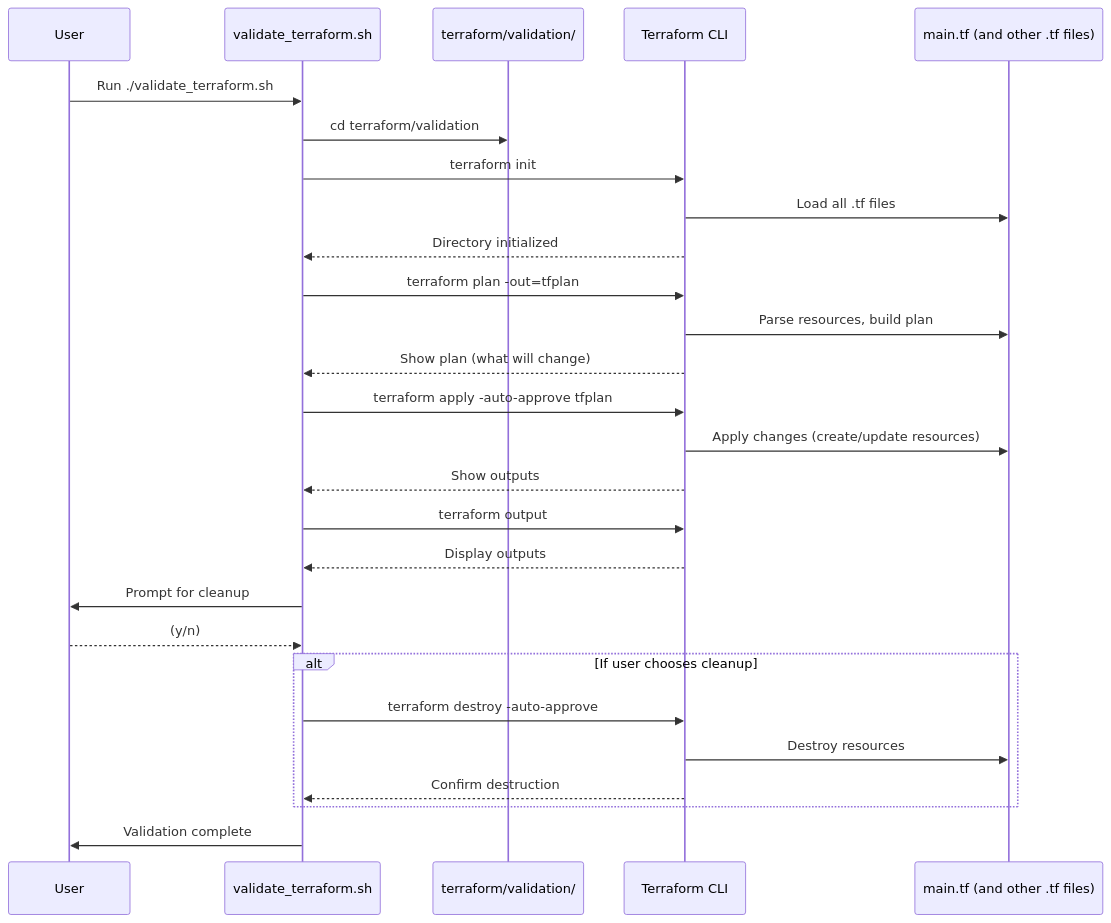
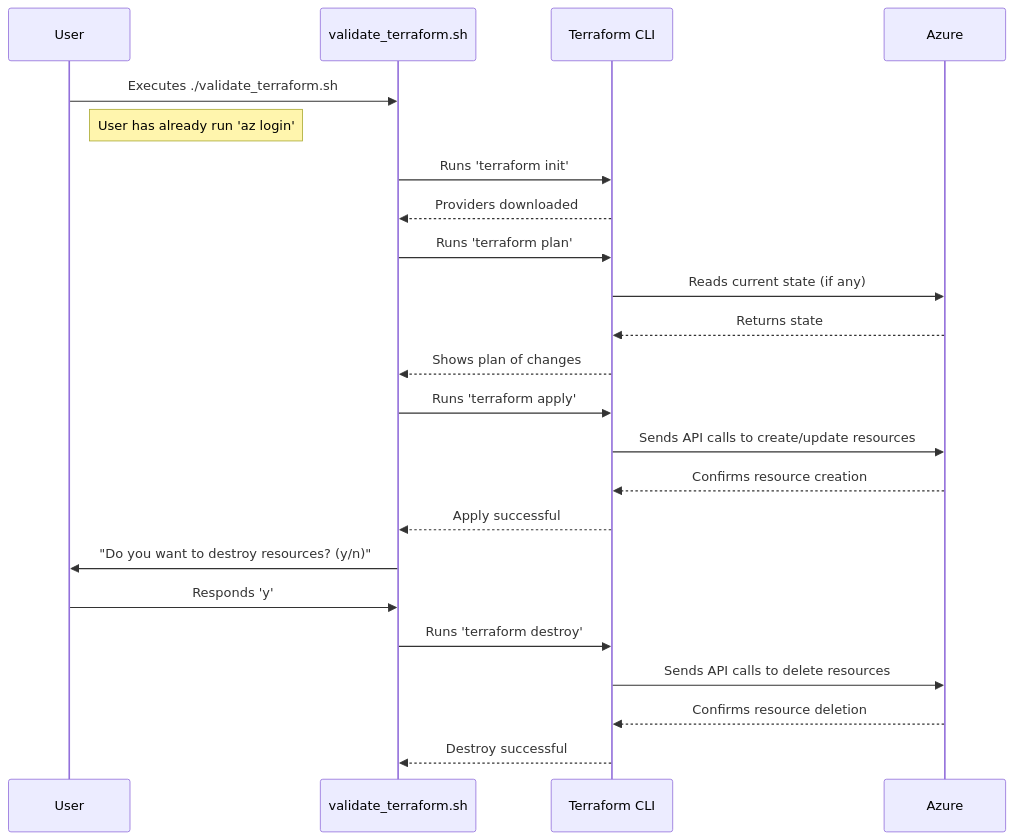
The diagram in terraform/validation/localhost/README.md (bcgov/AzureFilesPoC), drawn with Mermaid before and after one commit. The commit also changed other lines of this file and 3 other files, not shown here.

Commit message:
updated various readme files in terraform/validation/ folder

````diff
--- a/terraform/validation/localhost/README.md
+++ b/terraform/validation/localhost/README.md
@@ -72,30 +56,31 @@
 ```mermaid
 sequenceDiagram
-    participant User as User
-    participant Shell as validate_terraform.sh
-    participant Dir as terraform/validation/
-    participant TF as Terraform CLI
-    participant TFConf as main.tf (and other .tf files)
+    participant User
+    participant Script as validate_terraform.sh
+    participant TerraformCLI as Terraform CLI
+    participant Azure
 
-    User->>Shell: Run ./validate_terraform.sh
-    Shell->>Dir: cd terraform/validation
-    Shell->>TF: terraform init
-    TF->>TFConf: Load all .tf files
-    TF-->>Shell: Directory initialized
-    Shell->>TF: terraform plan -out=tfplan
-    TF->>TFConf: Parse resources, build plan
-    TF-->>Shell: Show plan (what will change)
-    Shell->>TF: terraform apply -auto-approve tfplan
-    TF->>TFConf: Apply changes (create/update resources)
-    TF-->>Shell: Show outputs
-    Shell->>TF: terraform output
-    TF-->>Shell: Display outputs
-    Shell->>User: Prompt for cleanup
-    User-->>Shell: (y/n)
-    alt If user chooses cleanup
-        Shell->>TF: terraform destroy -auto-approve
-        TF->>TFConf: Destroy resources
-        TF-->>Shell: Confirm destruction
-    end
-    Shell->>User: Validation complete
+    User->>Script: Executes ./validate_terraform.sh
+    note right of User: User has already run 'az login'
+
+    Script->>TerraformCLI: Runs 'terraform init'
+    TerraformCLI-->>Script: Providers downloaded
+
+    Script->>TerraformCLI: Runs 'terraform plan'
+    TerraformCLI->>Azure: Reads current state (if any)
+    Azure-->>TerraformCLI: Returns state
+    TerraformCLI-->>Script: Shows plan of changes
+
+    Script->>TerraformCLI: Runs 'terraform apply'
+    TerraformCLI->>Azure: Sends API calls to create/update resources
+    Azure-->>TerraformCLI: Confirms resource creation
+    TerraformCLI-->>Script: Apply successful
+
+    Script->>User: "Do you want to destroy resources? (y/n)"
+    User->>Script: Responds 'y'
+
+    Script->>TerraformCLI: Runs 'terraform destroy'
+    TerraformCLI->>Azure: Sends API calls to delete resources
+    Azure-->>TerraformCLI: Confirms resource deletion
+    TerraformCLI-->>Script: Destroy successful
 ```
````
